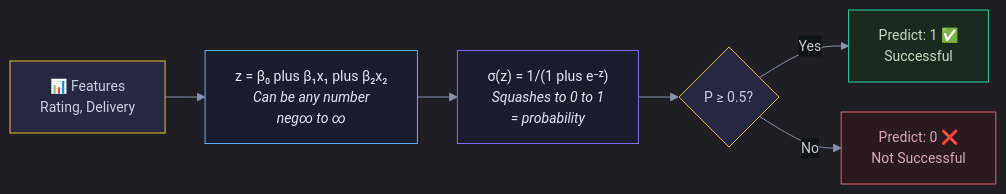
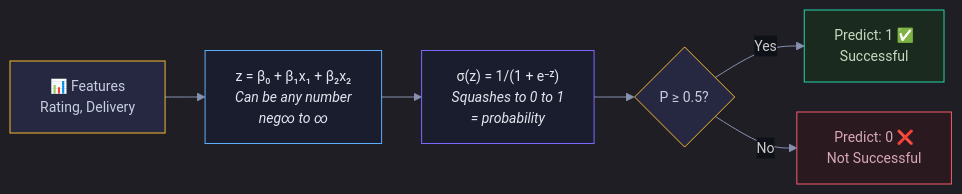
Before and after one commit to snehith1234/StudyCircle: the first of 9 diagrams in Documents/Visual_Guides/ML_Concepts/Logistic_Regression_Visual.md, drawn with Mermaid. The commit also changed other lines of this file and 10 other files, not shown here.

First line of the commit message:
Fix Mermaid formatting and add RNN/LSTM guides

````diff
--- a/Documents/Visual_Guides/ML_Concepts/Logistic_Regression_Visual.md
+++ b/Documents/Visual_Guides/ML_Concepts/Logistic_Regression_Visual.md
@@ -12,16 +12,16 @@
 ```mermaid
 %%{init: {'theme': 'dark', 'themeVariables': {'darkMode': true, 'background': '#0e1117', 'primaryColor': '#1a1d2e', 'primaryTextColor': '#e2e8f0', 'primaryBorderColor': '#2d3148', 'lineColor': '#8892b0', 'secondaryColor': '#252840', 'tertiaryColor': '#1a1d2e', 'fontSize': '14px', 'edgeLabelBackground': '#0e1117'}, 'flowchart': {'nodeSpacing': 30, 'rankSpacing': 40, 'padding': 15, 'htmlLabels': true}}}%%
 graph LR
-    INPUT["📊 Features<br/>Rating, Delivery"] --> LINEAR["z = β₀ plus β₁x₁ plus β₂x₂<br/><i>Can be any number<br/>neg∞ to ∞</i>"]
-    LINEAR --> SIGMOID["σ(z) = 1/(1 plus e⁻ᶻ)<br/><i>Squashes to 0 to 1<br/>= probability</i>"]
+    INPUT["📊 Features<br/>Rating, Delivery"] --> LINEAR["z = β₀ + β₁x₁ + β₂x₂<br/><i>Can be any number<br/>neg∞ to ∞</i>"]
+    LINEAR --> SIGMOID["σ(z) = 1/(1 + e⁻ᶻ)<br/><i>Squashes to 0 to 1<br/>= probability</i>"]
     SIGMOID --> THRESHOLD{"P ≥ 0.5?"}
     THRESHOLD -->|"Yes"| POS["Predict: 1 ✅<br/>Successful"]
     THRESHOLD -->|"No"| NEG["Predict: 0 ❌<br/>Not Successful"]
 
     style INPUT fill:#252840,stroke:#f5b731,color:#c8cfe0
     style LINEAR fill:#1a1d2e,stroke:#5eaeff,color:#e2e8f0
     style SIGMOID fill:#1a1d2e,stroke:#7c6aff,color:#e2e8f0
     style THRESHOLD fill:#252840,stroke:#f5b731,color:#c8cfe0
     style POS fill:#1a2a1f,stroke:#22d3a7,color:#c8d8c0
     style NEG fill:#2a1a1f,stroke:#f45d6d,color:#d8a8b8
 ```
````
